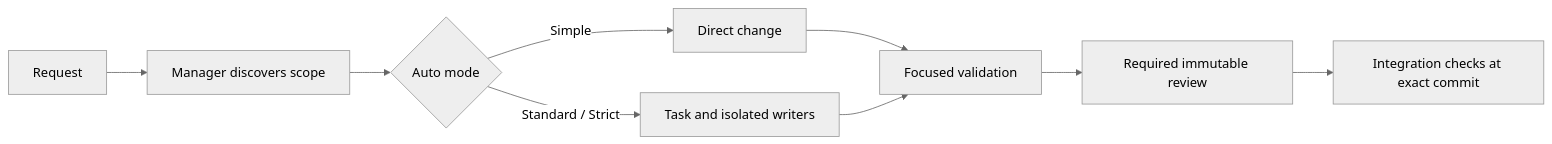
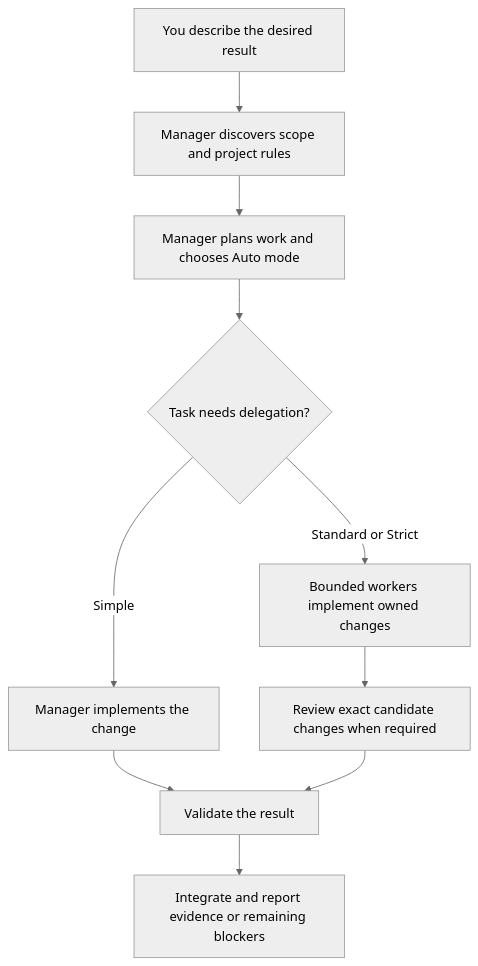
Before and after one commit to UnioGame/lemmings.ai: the diagram in README.md, drawn with Mermaid (neutral theme). The commit also changed other lines of this file and 17 other files, not shown here.

````diff
--- a/README.md
+++ b/README.md
@@ -44,11 +11,12 @@
 ```mermaid
-flowchart LR
-  A[Request] --> B[Manager discovers scope]
-  B --> C{Auto mode}
-  C -->|Simple| D[Direct change]
-  C -->|Standard / Strict| E[Task and isolated writers]
-  D --> F[Focused validation]
-  E --> F
-  F --> G[Required immutable review]
-  G --> H[Integration checks at exact commit]
+flowchart TD
+  A[You describe the desired result] --> B[Manager discovers scope and project rules]
+  B --> C[Manager plans work and chooses Auto mode]
+  C --> D{Task needs delegation?}
+  D -->|Simple| E[Manager implements the change]
+  D -->|Standard or Strict| F[Bounded workers implement owned changes]
+  F --> G[Review exact candidate changes when required]
+  E --> H[Validate the result]
+  G --> H
+  H --> I[Integrate and report evidence or remaining blockers]
 ```
````
